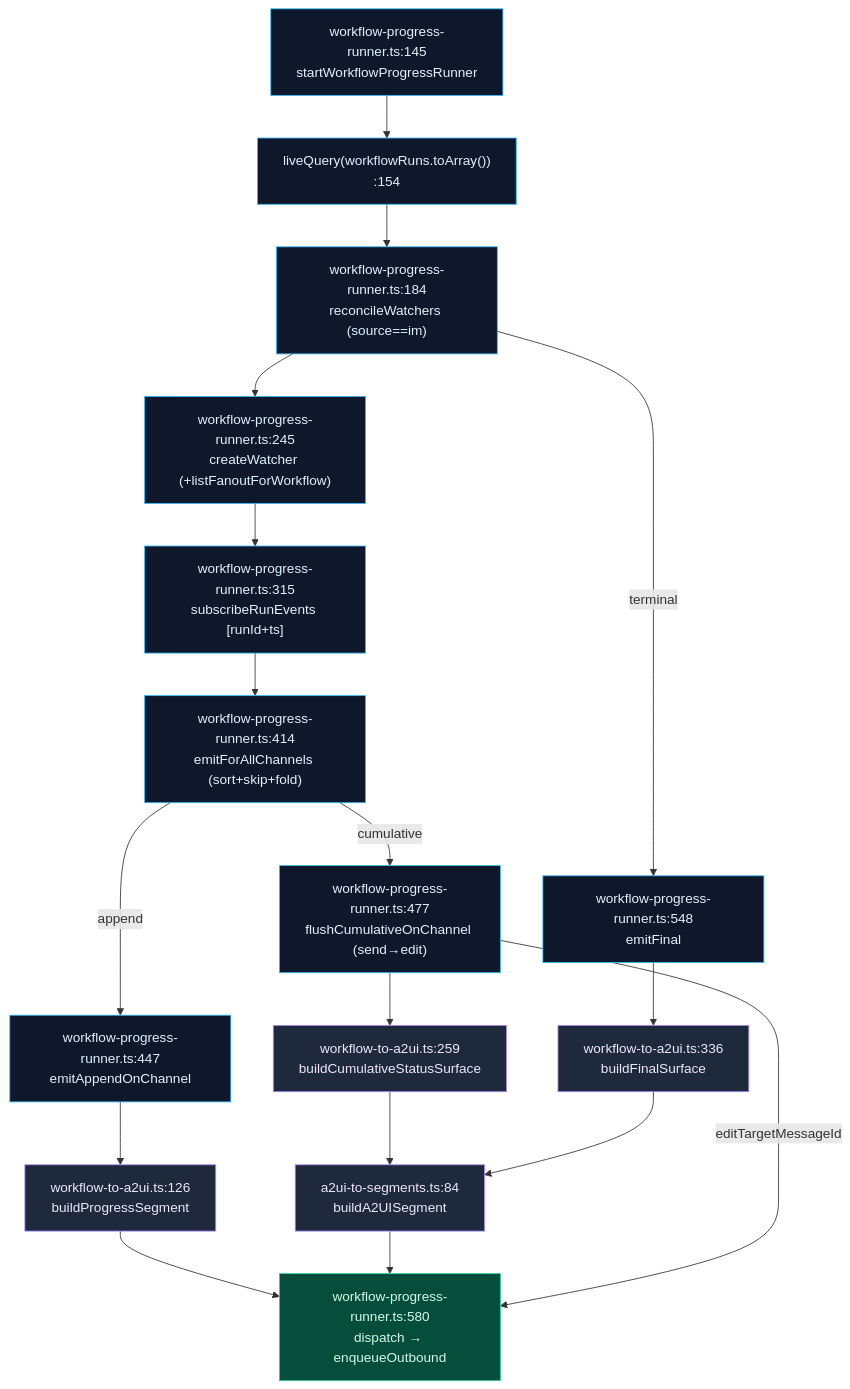
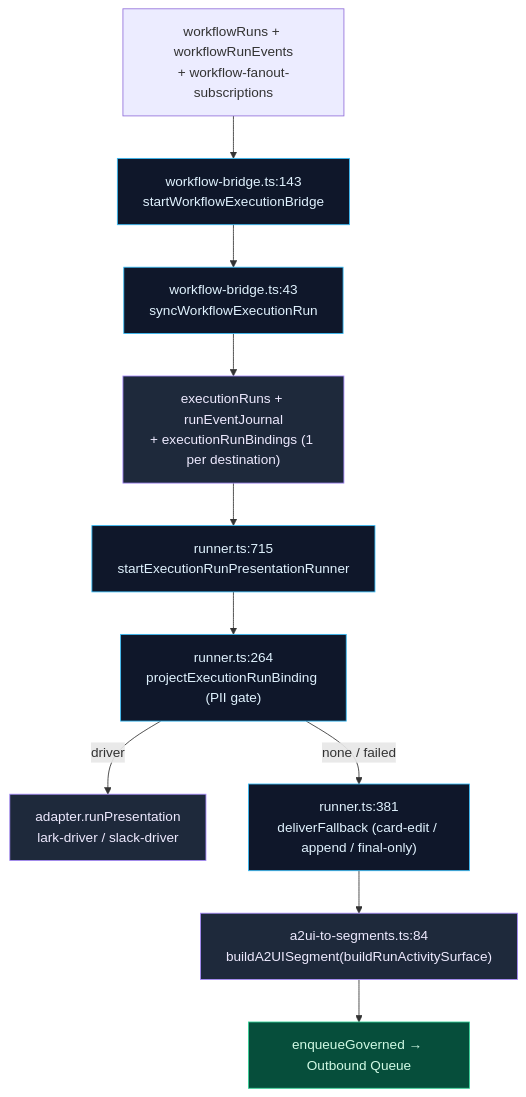
Before and after one commit to MaxQian888/cognia-next: the second of 2 diagrams in docs/content/docs/en/subsystems/a2ui/im-bridge.mdx, drawn with Mermaid. The commit also changed other lines of this file and 61 other files, not shown here.

First line of the commit message:
chore(connectors): remove dormant workflow-progress-runner and dead helpers

````diff
--- a/docs/content/docs/en/subsystems/a2ui/im-bridge.mdx
+++ b/docs/content/docs/en/subsystems/a2ui/im-bridge.mdx
@@ -280,31 +259,24 @@
 ```mermaid
 flowchart TB
-  START["workflow-progress-runner.ts:145<br/>startWorkflowProgressRunner"]
-  LQ1["liveQuery(workflowRuns.toArray())<br/>:154"]
-  REC["workflow-progress-runner.ts:184<br/>reconcileWatchers (source==im)"]
-  CW["workflow-progress-runner.ts:245<br/>createWatcher (+listFanoutForWorkflow)"]
-  SUB["workflow-progress-runner.ts:315<br/>subscribeRunEvents [runId+ts]"]
-  EMIT["workflow-progress-runner.ts:414<br/>emitForAllChannels (sort+skip+fold)"]
-  APP["workflow-progress-runner.ts:447<br/>emitAppendOnChannel"]
-  CUM["workflow-progress-runner.ts:477<br/>flushCumulativeOnChannel (send→edit)"]
-  FIN["workflow-progress-runner.ts:548<br/>emitFinal"]
-  BP["workflow-to-a2ui.ts:126<br/>buildProgressSegment"]
-  BC["workflow-to-a2ui.ts:259<br/>buildCumulativeStatusSurface"]
-  BF["workflow-to-a2ui.ts:336<br/>buildFinalSurface"]
-  SEG["a2ui-to-segments.ts:84<br/>buildA2UISegment"]
-  DSP["workflow-progress-runner.ts:580<br/>dispatch → enqueueOutbound"]
+  WF["workflowRuns + workflowRunEvents<br/>+ workflow-fanout-subscriptions"]
+  BR["workflow-bridge.ts:143<br/>startWorkflowExecutionBridge"]
+  SYNC["workflow-bridge.ts:43<br/>syncWorkflowExecutionRun"]
+  ER["executionRuns + runEventJournal<br/>+ executionRunBindings (1 per destination)"]
+  PR["runner.ts:715<br/>startExecutionRunPresentationRunner"]
+  PROJ["runner.ts:264<br/>projectExecutionRunBinding (PII gate)"]
+  NAT["adapter.runPresentation<br/>lark-driver / slack-driver"]
+  FB["runner.ts:381<br/>deliverFallback (card-edit / append / final-only)"]
+  SEG["a2ui-to-segments.ts:84<br/>buildA2UISegment(buildRunActivitySurface)"]
+  DSP["enqueueGoverned → Outbound Queue"]
 
-  START --> LQ1 --> REC --> CW --> SUB --> EMIT
-  REC -->|terminal| FIN
-  EMIT -->|append| APP --> BP --> DSP
-  EMIT -->|cumulative| CUM --> BC --> SEG --> DSP
-  FIN --> BF --> SEG
-  CUM -->|editTargetMessageId| DSP
+  WF --> BR --> SYNC --> ER --> PR --> PROJ
+  PROJ -->|driver| NAT
+  PROJ -->|none / failed| FB --> SEG --> DSP
 
   classDef run fill:#0f172a,stroke:#38bdf8,color:#e0f2fe
   classDef build fill:#1e293b,stroke:#a78bfa,color:#ede9fe
   classDef out fill:#064e3b,stroke:#34d399,color:#d1fae5
-  class START,LQ1,REC,CW,SUB,EMIT,APP,CUM,FIN run
-  class BP,BC,BF,SEG build
+  class BR,SYNC,PR,PROJ,FB run
+  class ER,SEG,NAT build
   class DSP out
 ```
````
